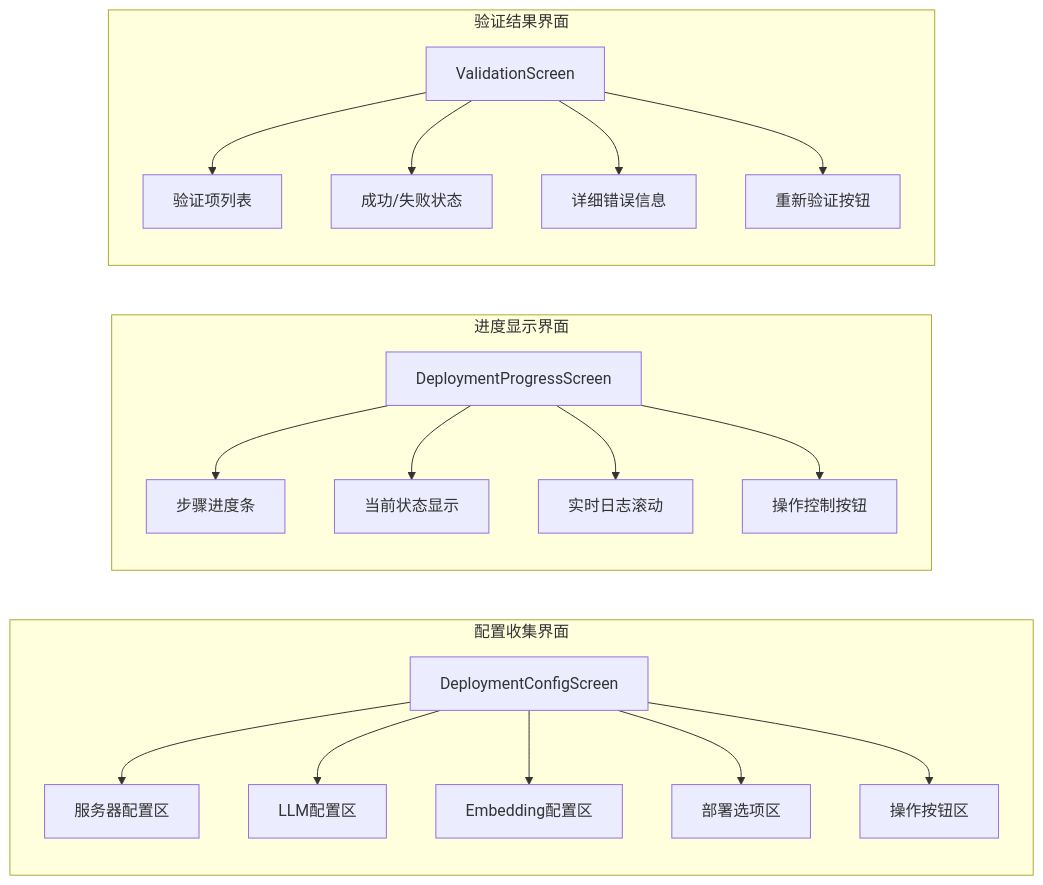
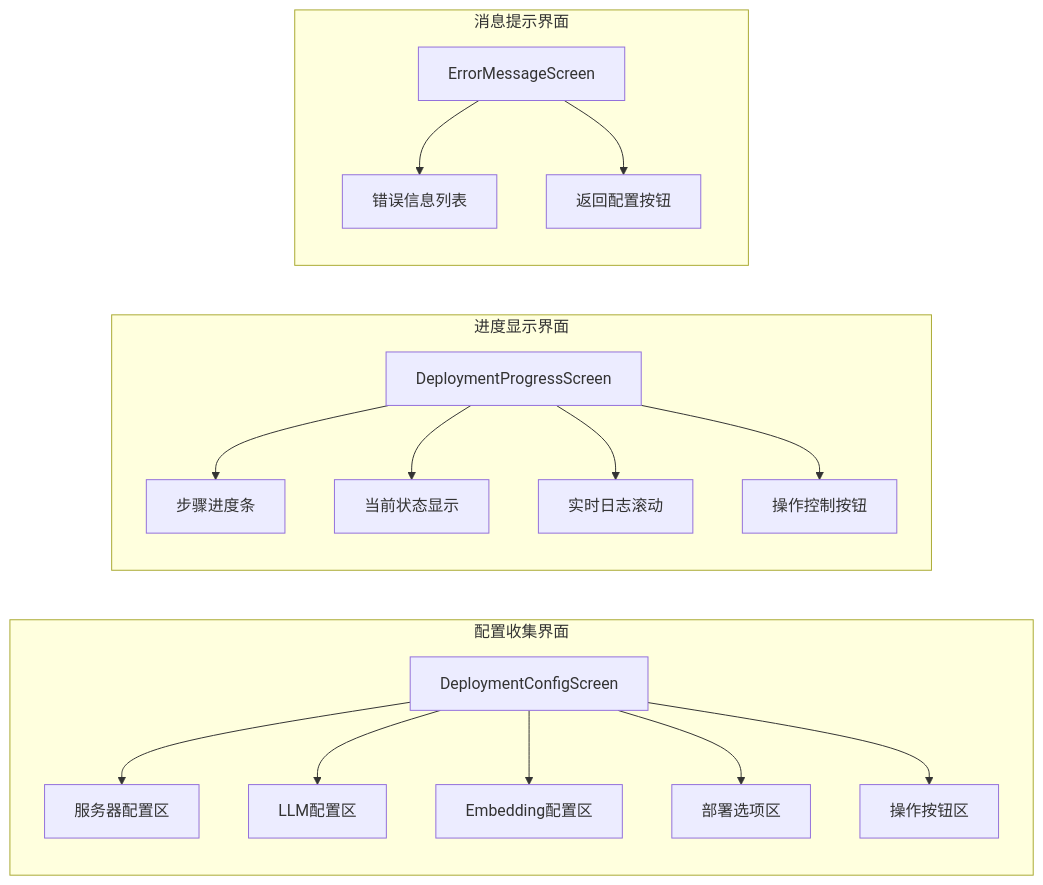
The seventh of 9 diagrams in docs/development/部署助手模块设计.md (HongyuS/euler-copilot-shell), drawn with Mermaid before and after one commit. The commit also changed other lines of this file and 3 other files, not shown here.

````diff
--- a/docs/development/部署助手模块设计.md
+++ b/docs/development/部署助手模块设计.md
@@ -272,24 +265,22 @@
 ```mermaid
 graph LR
     subgraph "配置收集界面"
         A[DeploymentConfigScreen] --> B[服务器配置区]
         A --> C[LLM配置区]
         A --> D[Embedding配置区]
         A --> E[部署选项区]
         A --> F[操作按钮区]
     end
     
     subgraph "进度显示界面"
         G[DeploymentProgressScreen] --> H[步骤进度条]
         G --> I[当前状态显示]
         G --> J[实时日志滚动]
         G --> K[操作控制按钮]
     end
     
-    subgraph "验证结果界面"
-        L[ValidationScreen] --> M[验证项列表]
-        L --> N[成功/失败状态]
-        L --> O[详细错误信息]
-        L --> P[重新验证按钮]
+    subgraph "消息提示界面"
+        L[ErrorMessageScreen] --> M[错误信息列表]
+        L --> N[返回配置按钮]
     end
 ```
````
